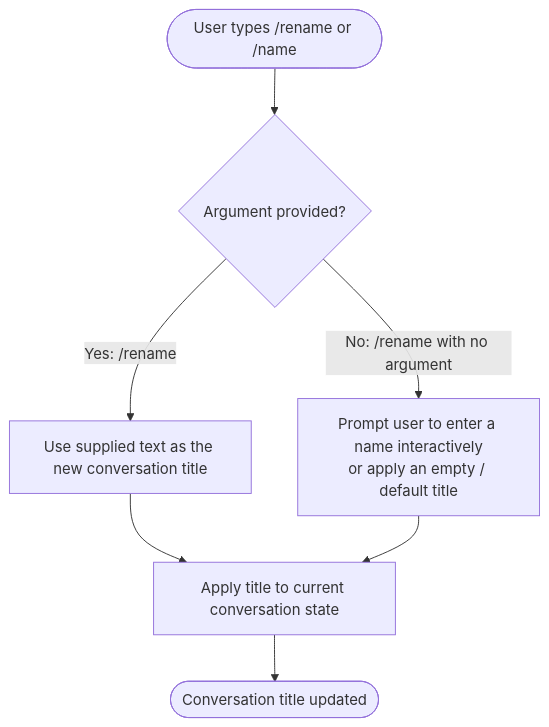
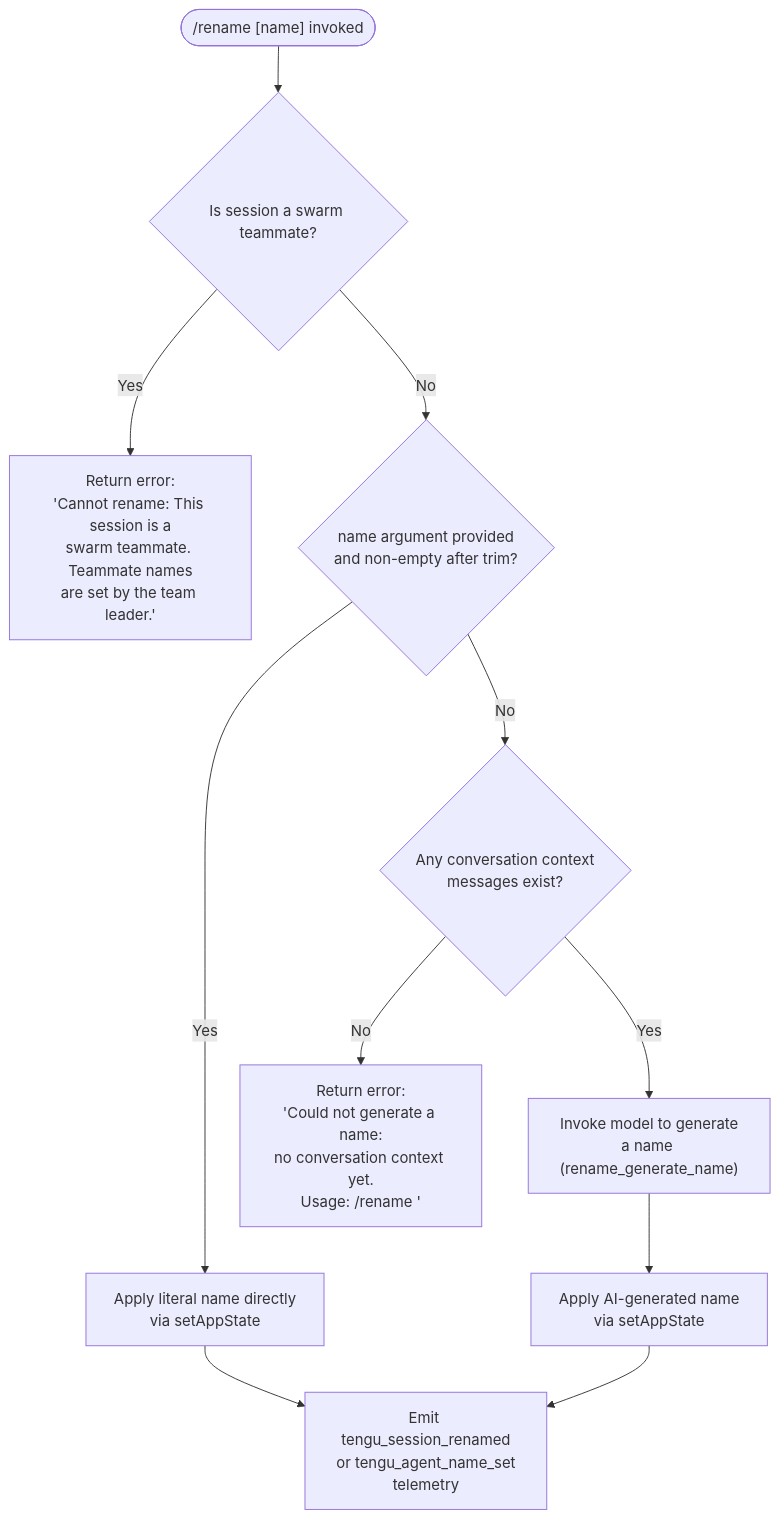
One commit to MyLittleLuckyDog/cc-gnothi changed the diagram in versions/v2.1.157/rename.md. Above: the diagram before and after it, drawn with Mermaid. The commit also changed other lines of this file and 593 other files, not shown here.

````diff
--- a/versions/v2.1.157/rename.md
+++ b/versions/v2.1.157/rename.md
@@ -49,9 +57,13 @@
 ```mermaid
 flowchart TD
-    A([User types /rename or /name]) --> B{Argument provided?}
-    B -- "Yes: /rename <new name>" --> C[Use supplied text as the new conversation title]
-    B -- "No: /rename with no argument" --> D[Prompt user to enter a name interactively\nor apply an empty / default title]
-    C --> E[Apply title to current conversation state]
-    D --> E
-    E --> F([Conversation title updated])
+    A(["/rename [name] invoked"]) --> B{Is session a swarm teammate?}
+    B -- Yes --> C["Return error:\n'Cannot rename: This session is a\nswarm teammate. Teammate names\nare set by the team leader.'"]
+    B -- No --> D{name argument provided\nand non-empty after trim?}
+    D -- Yes --> E["Apply literal name directly\nvia setAppState"]
+    D -- No --> F{Any conversation context\nmessages exist?}
+    F -- No --> G["Return error:\n'Could not generate a name:\nno conversation context yet.\nUsage: /rename <name>'"]
+    F -- Yes --> H["Invoke model to generate\na name (rename_generate_name)"]
+    H --> I["Apply AI-generated name\nvia setAppState"]
+    E --> J["Emit tengu_session_renamed\nor tengu_agent_name_set\ntelemetry"]
+    I --> J
 ```
````
